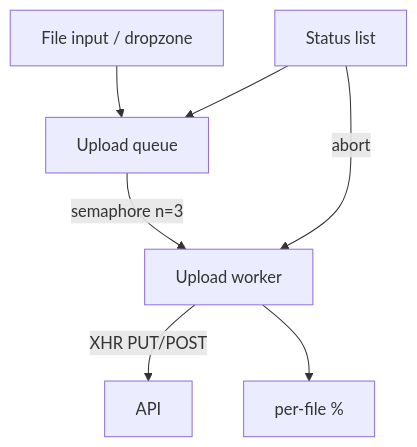
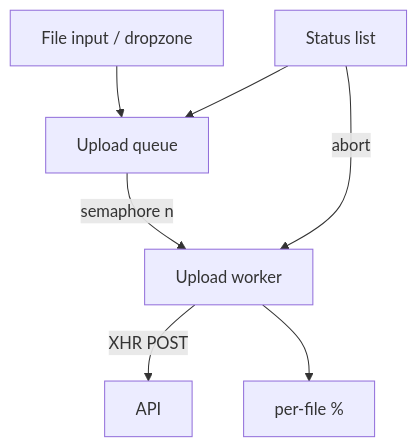
The first of 2 diagrams in docs/machine-coding/06-file-upload.md (prajjwaljogdand/FullstackPreparation), drawn with Mermaid before and after one commit. The commit also changed other lines of this file and 91 other files, not shown here.

````diff
--- a/docs/machine-coding/06-file-upload.md
+++ b/docs/machine-coding/06-file-upload.md
@@ -30,9 +30,9 @@
 ```mermaid
 flowchart TB
   Input[File input / dropzone] --> Queue[Upload queue]
-  Queue -->|semaphore n=3| Worker[Upload worker]
-  Worker -->|XHR PUT/POST| API
+  Queue -->|semaphore n| Worker[Upload worker]
+  Worker -->|XHR POST| API
   Worker --> Progress[per-file %]
   UI[Status list] --> Queue
   UI -->|abort| Worker
 ```
````
